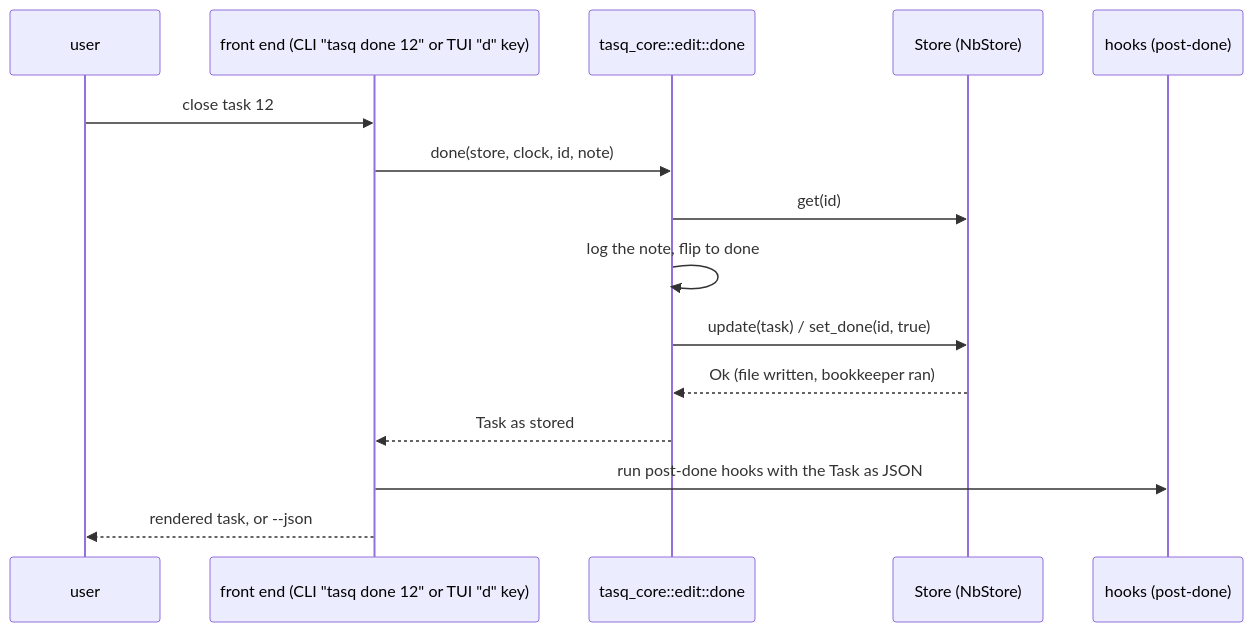
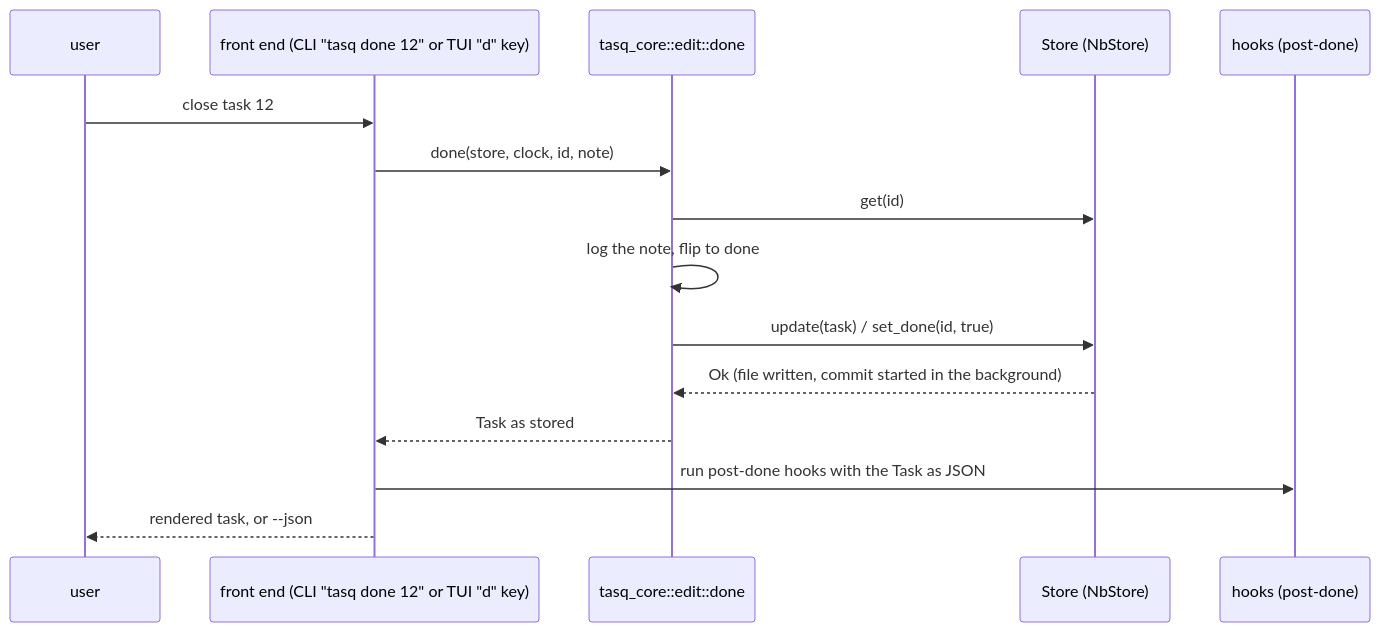
One commit to pauc/tasq changed the seventh of 7 diagrams in docs/architecture.md. Above: the diagram before and after it, drawn with Mermaid. The commit also changed other lines of this file and 53 other files, not shown here.

````diff
--- a/docs/architecture.md
+++ b/docs/architecture.md
@@ -338,18 +341,18 @@
 ```mermaid
 sequenceDiagram
     participant U as user
     participant FE as front end (CLI "tasq done 12" or TUI "d" key)
     participant E as tasq_core::edit::done
     participant S as Store (NbStore)
     participant H as hooks (post-done)
 
     U->>FE: close task 12
     FE->>E: done(store, clock, id, note)
     E->>S: get(id)
     E->>E: log the note, flip to done
     E->>S: update(task) / set_done(id, true)
-    S-->>E: Ok (file written, bookkeeper ran)
+    S-->>E: Ok (file written, commit started in the background)
     E-->>FE: Task as stored
     FE->>H: run post-done hooks with the Task as JSON
     FE-->>U: rendered task, or --json
 ```
````
